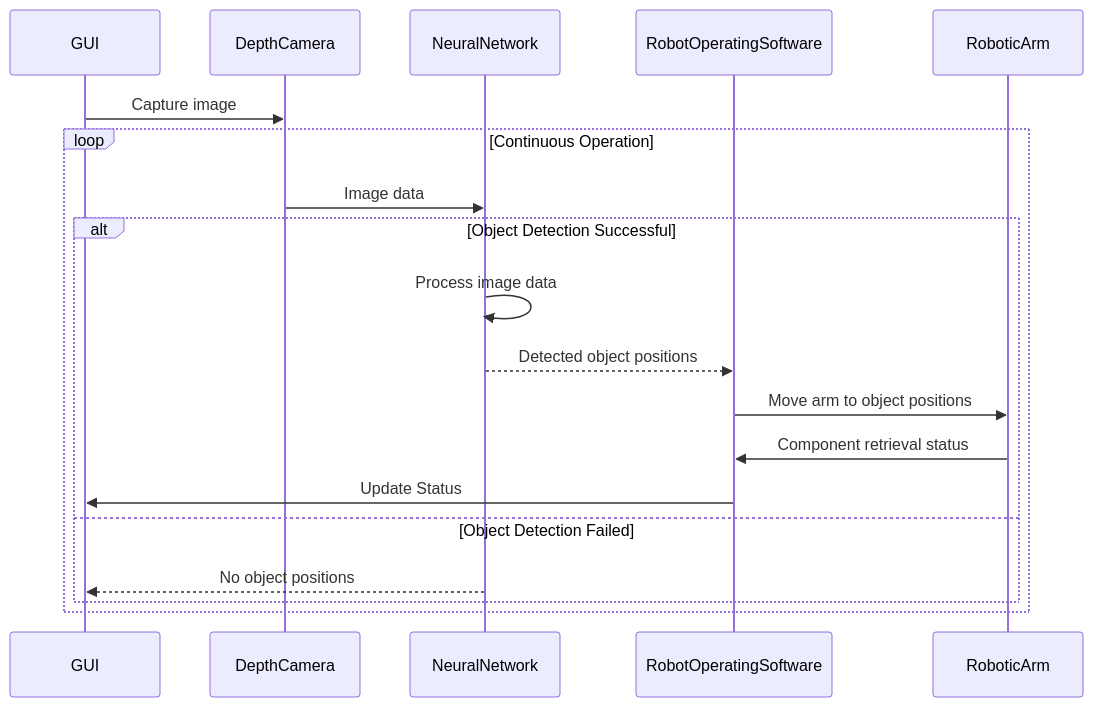
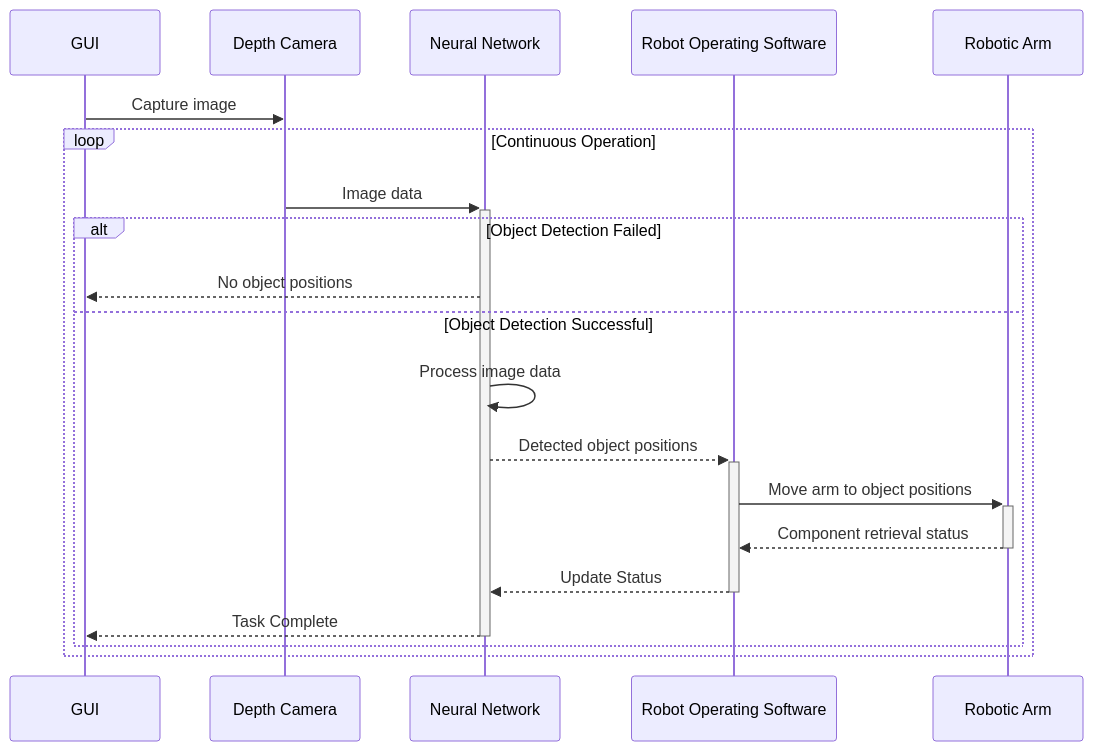
Before and after one commit to kanbanyte/sepa: the diagram in assessments/design.md, drawn with Mermaid. The commit also changed other lines of this file, not shown here.

Commit message:
Apply suggestions from code review

````diff
--- a/assessments/design.md
+++ b/assessments/design.md
@@ -107,23 +107,23 @@
-``` mermaid
+```mermaid
 sequenceDiagram
-    participant G as GUI
-    participant D as DepthCamera
-    participant N as NeuralNetwork
-    participant R as RobotOperatingSoftware
-    participant A as RoboticArm
+	participant Interface as GUI
+	participant Camera as Depth Camera
+	participant Network as Neural Network
+	participant ROS as Robot Operating Software
+	participant Arm as Robotic Arm
 
-    G->>D: Capture image
-
-    loop Continuous Operation
-        D->>N: Image data
-        alt Object Detection Successful
-            N->>N: Process image data
-            N-->>R: Detected object positions
-            R->>A: Move arm to object positions
-            A->>R: Component retrieval status
-            R->>G: Update Status
-        else Object Detection Failed
-            N-->>G: No object positions
-        end
-    end
+	Interface->>Camera: Capture image
+	loop Continuous Operation
+		Camera->>+Network: Image data
+		alt Object Detection Failed
+			Network-->>Interface: No object positions
+		else Object Detection Successful
+			Network->>Network: Process image data
+			Network-->>+ROS: Detected object positions
+			ROS->>+Arm: Move arm to object positions
+			Arm-->>-ROS: Component retrieval status
+			ROS-->>-Network: Update Status
+			Network-->>-Interface: Task Complete
+		end
+	end
 ```
````
